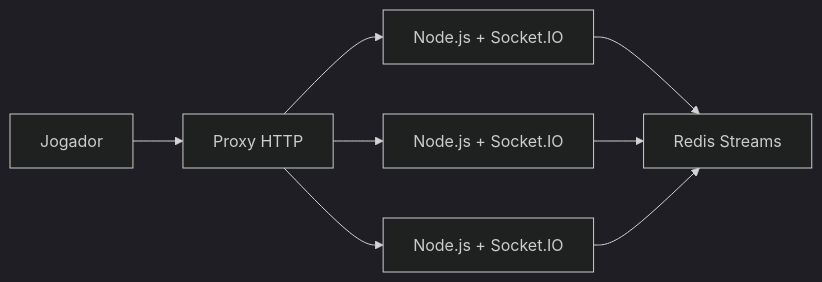
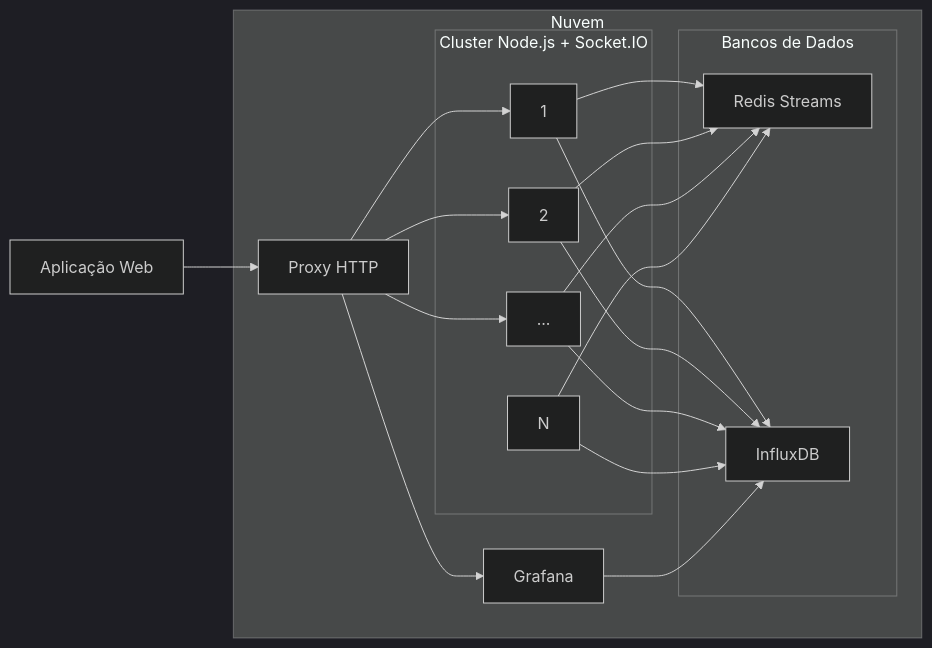
Before and after one commit to feira-de-jogos/feira-de-jogos: the first of 2 diagrams in README.md, drawn with Mermaid (dark theme). The commit also changed other lines of this file, not shown here.

Commit message:
Documentar arquitetura da feira

````diff
--- a/README.md
+++ b/README.md
@@ -13,17 +15,38 @@
 ```mermaid
 flowchart LR
-  A[Jogador]
-  B[Proxy HTTP]
-  C1[Node.js + Socket.IO]
-  C2[Node.js + Socket.IO]
-  C3[Node.js + Socket.IO]
-  D[Redis Streams]
+  A[Aplicação Web]
+
+  subgraph Nuvem
+    B[Proxy HTTP]
+
+    subgraph Cluster Node.js + Socket.IO
+      C1[1]
+      C2[2]
+      C3[...]
+      C4[N]
+    end
+
+    E[Grafana]
+
+    subgraph Bancos de Dados
+    D[Redis Streams]
+      F[InfluxDB]
+    end
+  end
 
   A --> B
   B --> C1
   B --> C2
   B --> C3
   C1 --> D
   C2 --> D
   C3 --> D
+  C4 --> D
+
+  B--> E
+  C1 --> F
+  C2 --> F
+  C3 --> F
+  C4 --> F
+  E --> F
 ```
````
